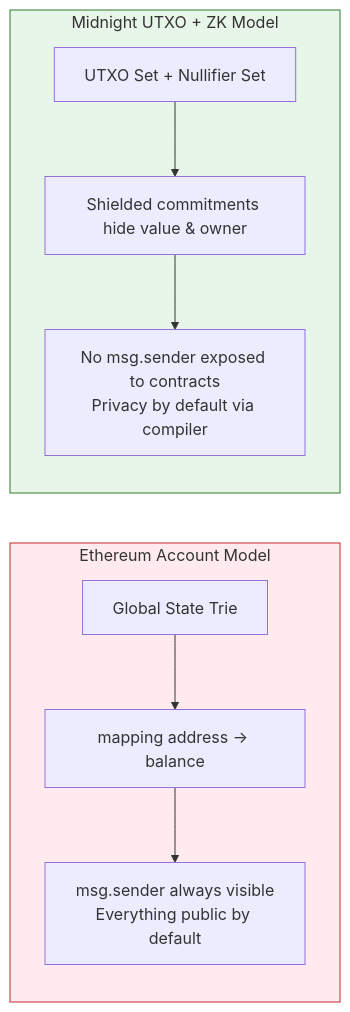
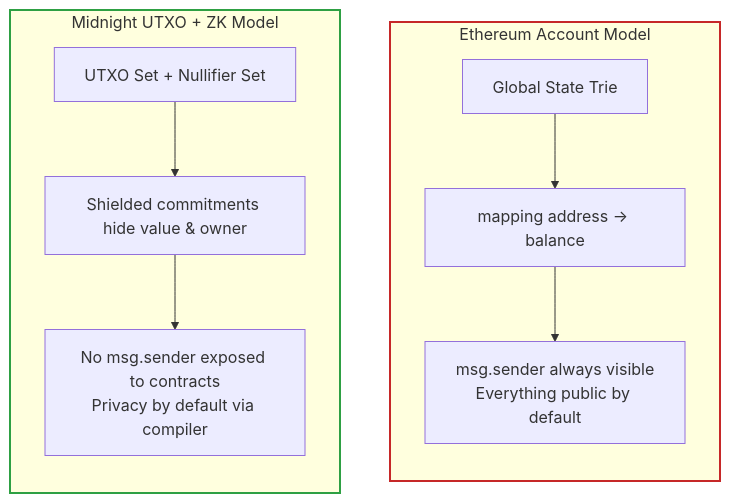
One commit to mbs-midnight/technical-guides changed the diagram in ethereum-to-midnight.md. Above: the diagram before and after it, drawn with Mermaid.

Commit message:
Update mermaid diagram formatting in markdown

````diff
--- a/ethereum-to-midnight.md
+++ b/ethereum-to-midnight.md
@@ -55,25 +55,25 @@
 ```mermaid
-flowchart LR
+flowchart TD
     subgraph Ethereum["Ethereum Account Model"]
         direction TB
         E1[Global State Trie]
-        E2[mapping address → balance]
-        E3[msg.sender always visible<br/>Everything public by default]
+        E2["mapping address → balance"]
+        E3["msg.sender always visible<br>Everything public by default"]
         E1 --> E2
         E2 --> E3
     end
 
     subgraph Midnight["Midnight UTXO + ZK Model"]
         direction TB
         M1[UTXO Set + Nullifier Set]
-        M2[Shielded commitments hide value & owner]
-        M3[No msg.sender exposed to contracts<br/>Privacy by default via compiler]
+        M2["Shielded commitments hide value & owner"]
+        M3["No msg.sender exposed to contracts<br>Privacy by default via compiler"]
         M1 --> M2
         M2 --> M3
     end
 
-    classDef eth fill:#ffebee,stroke:#c62828
-    classDef mid fill:#e8f5e9,stroke:#2e7d32
+    classDef eth stroke:#c62828,stroke-width:2px
+    classDef mid stroke:#2ea043,stroke-width:2px
     class Ethereum eth
     class Midnight mid
 ```
````
